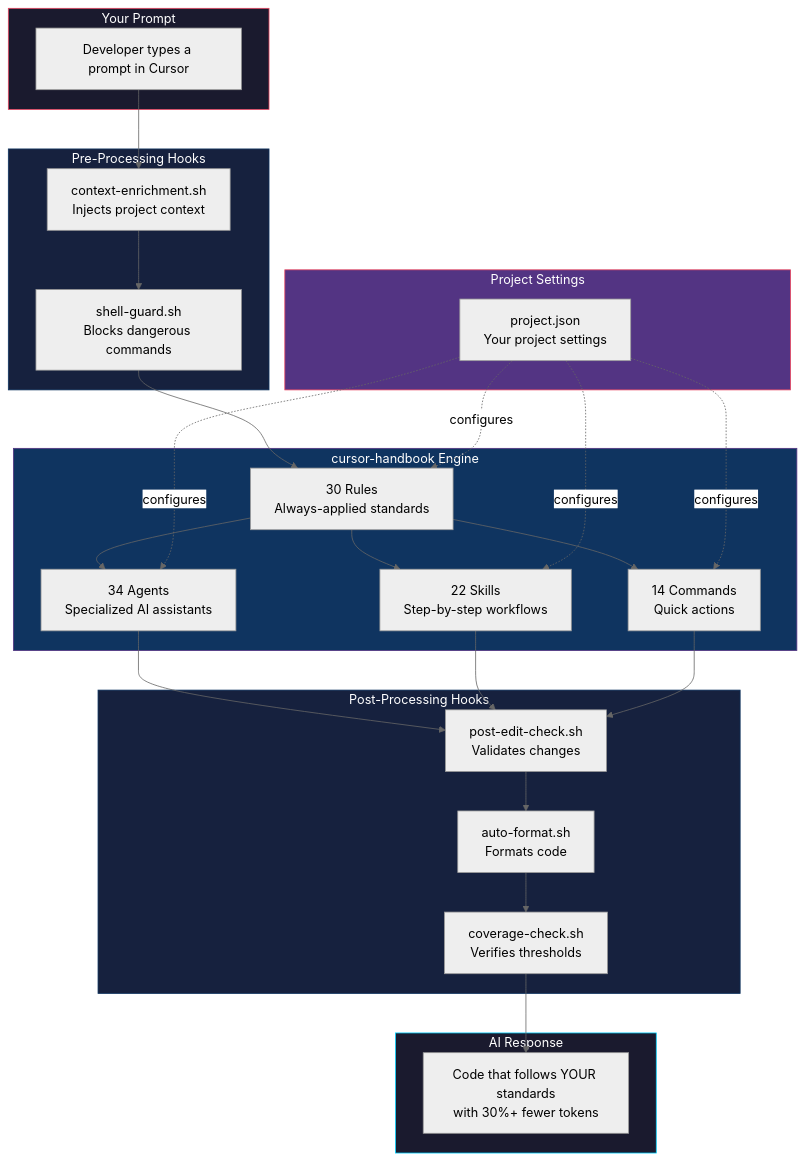
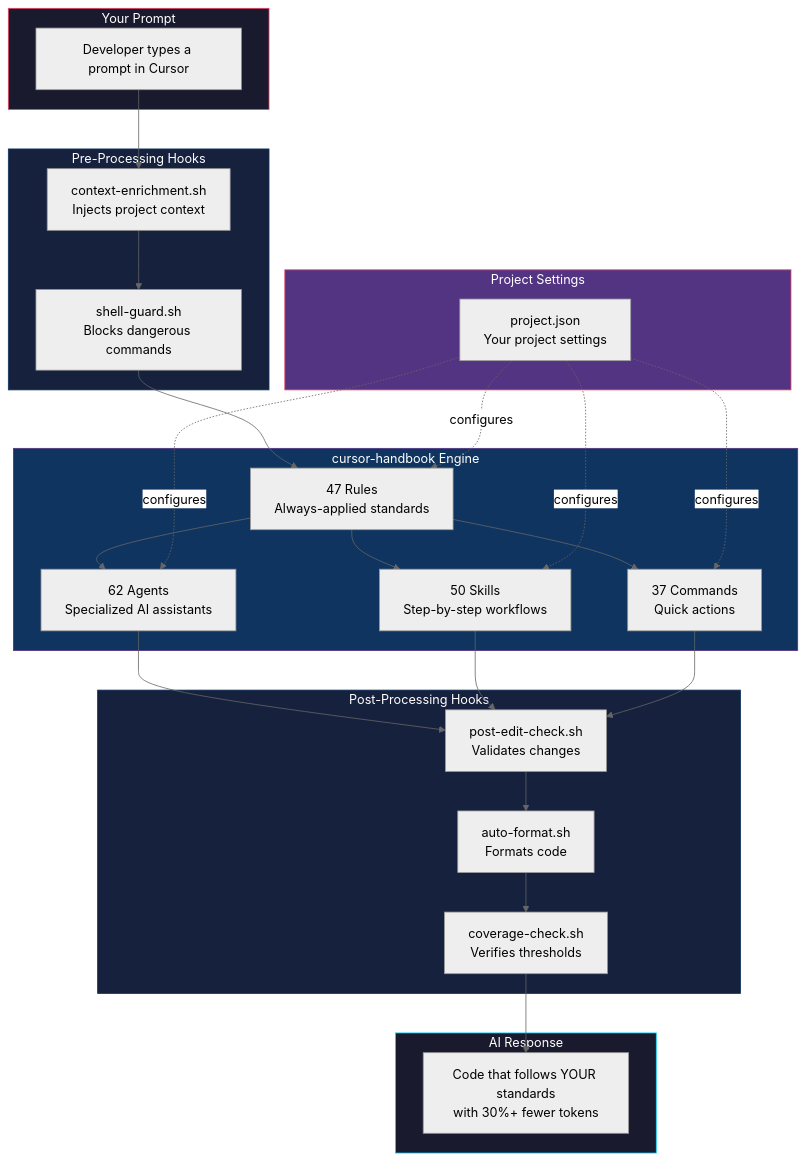
The first of 12 diagrams in README.md (girijashankarj/cursor-handbook), drawn with Mermaid (neutral theme) before and after one commit. The commit also changed other lines of this file and 189 other files, not shown here.

Commit message:
Artifactory and UI Updates along with More Rules Skills etc

````diff
--- a/README.md
+++ b/README.md
@@ -107,44 +110,44 @@
 ```mermaid
 graph TB
     subgraph INPUT ["Your Prompt"]
         A[Developer types a prompt in Cursor]
     end
 
     subgraph HOOKS_PRE ["Pre-Processing Hooks"]
         B[context-enrichment.sh<br/>Injects project context]
         C[shell-guard.sh<br/>Blocks dangerous commands]
     end
 
     subgraph ENGINE ["cursor-handbook Engine"]
-        D[30 Rules<br/>Always-applied standards]
-        E[34 Agents<br/>Specialized AI assistants]
-        F[22 Skills<br/>Step-by-step workflows]
-        G[14 Commands<br/>Quick actions]
+        D[47 Rules<br/>Always-applied standards]
+        E[62 Agents<br/>Specialized AI assistants]
+        F[50 Skills<br/>Step-by-step workflows]
+        G[37 Commands<br/>Quick actions]
     end
 
     subgraph CONFIG ["Project Settings"]
         H[project.json<br/>Your project settings]
     end
 
     subgraph HOOKS_POST ["Post-Processing Hooks"]
         I[post-edit-check.sh<br/>Validates changes]
         J[auto-format.sh<br/>Formats code]
         K[coverage-check.sh<br/>Verifies thresholds]
     end
 
     subgraph OUTPUT ["AI Response"]
         L[Code that follows YOUR standards<br/>with 30%+ fewer tokens]
     end
 
     A --> B --> C --> D
     D --> E & F & G
     H -.->|configures| D & E & F & G
     E & F & G --> I --> J --> K --> L
 
     style INPUT fill:#1a1a2e,stroke:#e94560,color:#fff
     style HOOKS_PRE fill:#16213e,stroke:#0f3460,color:#fff
     style ENGINE fill:#0f3460,stroke:#533483,color:#fff
     style CONFIG fill:#533483,stroke:#e94560,color:#fff
     style HOOKS_POST fill:#16213e,stroke:#0f3460,color:#fff
     style OUTPUT fill:#1a1a2e,stroke:#00d2ff,color:#fff
 ```
````
